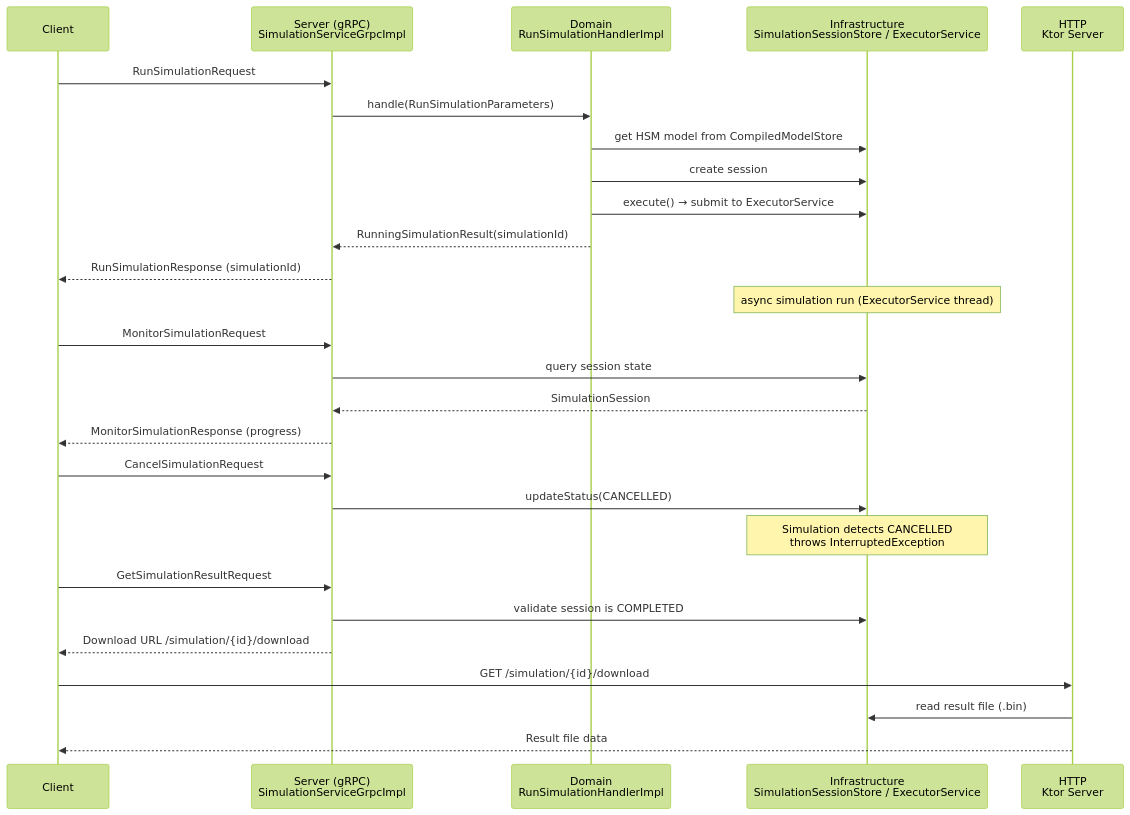
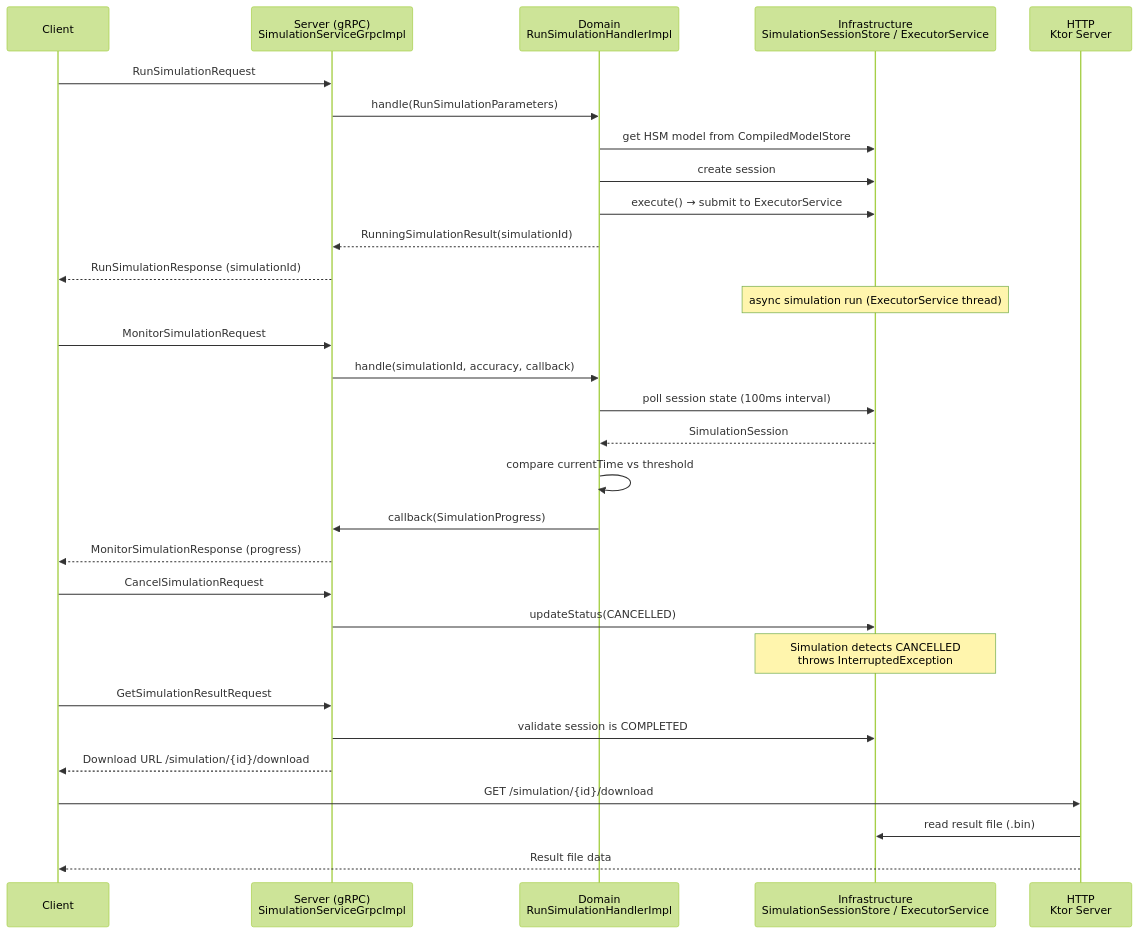
One commit to SmallBossGames/isma changed the fourth of 5 diagrams in docs/isma-server/01-overview.md. Above: the diagram before and after it, drawn with Mermaid (forest theme). The commit also changed 24 other files, not shown here.

````diff
--- a/docs/isma-server/01-overview.md
+++ b/docs/isma-server/01-overview.md
@@ -161,35 +161,38 @@
 ```mermaid
 sequenceDiagram
     participant Client
     participant Server as Server (gRPC)<br/>SimulationServiceGrpcImpl
     participant Domain as Domain<br/>RunSimulationHandlerImpl
     participant Infra as Infrastructure<br/>SimulationSessionStore / ExecutorService
     participant HTTP as HTTP<br/>Ktor Server
 
     Client->>Server: RunSimulationRequest
     Server->>Domain: handle(RunSimulationParameters)
     Domain->>Infra: get HSM model from CompiledModelStore
     Domain->>Infra: create session
     Domain->>Infra: execute() → submit to ExecutorService
     Domain-->>Server: RunningSimulationResult(simulationId)
     Server-->>Client: RunSimulationResponse (simulationId)
 
     Note over Infra: async simulation run (ExecutorService thread)
 
     Client->>Server: MonitorSimulationRequest
-    Server->>Infra: query session state
-    Infra-->>Server: SimulationSession
+    Server->>Domain: handle(simulationId, accuracy, callback)
+    Domain->>Infra: poll session state (100ms interval)
+    Infra-->>Domain: SimulationSession
+    Domain->>Domain: compare currentTime vs threshold
+    Domain->>Server: callback(SimulationProgress)
     Server-->>Client: MonitorSimulationResponse (progress)
 
     Client->>Server: CancelSimulationRequest
     Server->>Infra: updateStatus(CANCELLED)
     Note over Infra: Simulation detects CANCELLED<br/>throws InterruptedException
 
     Client->>Server: GetSimulationResultRequest
     Server->>Infra: validate session is COMPLETED
     Server-->>Client: Download URL /simulation/{id}/download
 
     Client->>HTTP: GET /simulation/{id}/download
     HTTP->>Infra: read result file (.bin)
     HTTP-->>Client: Result file data
 ```
````
